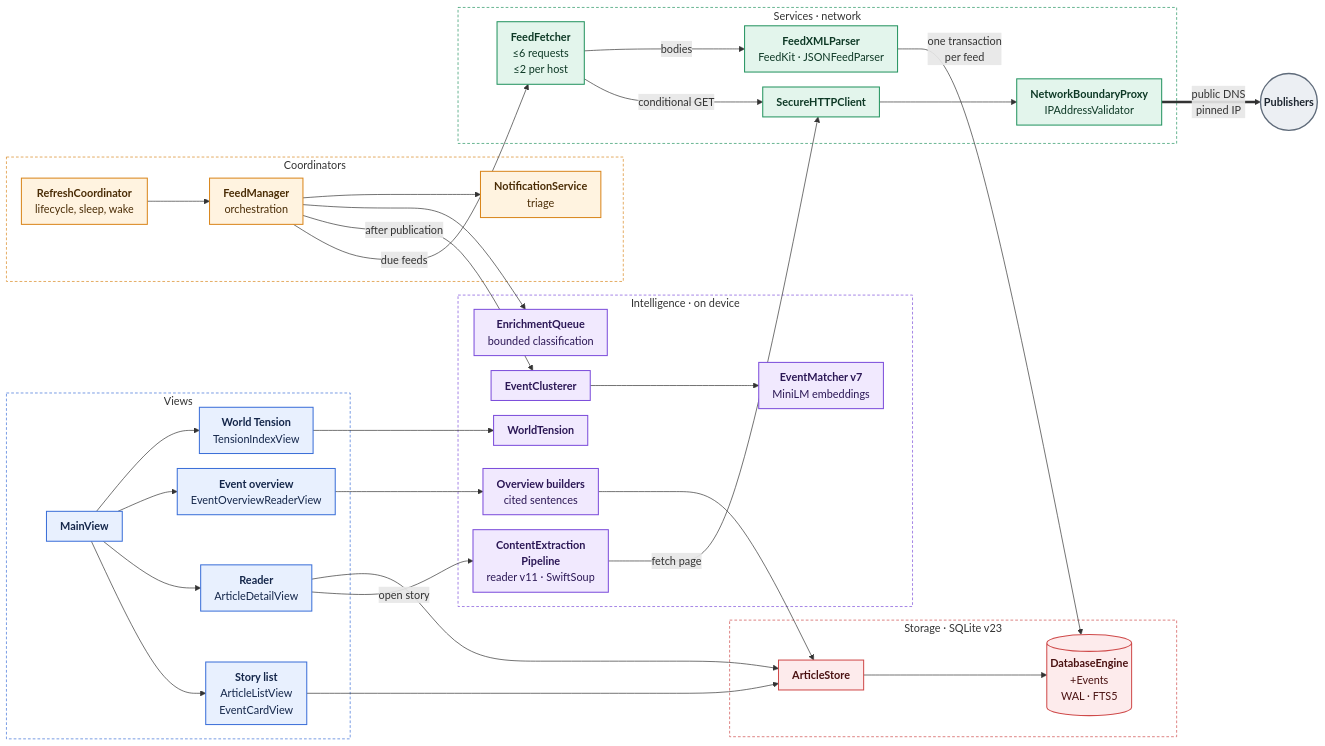
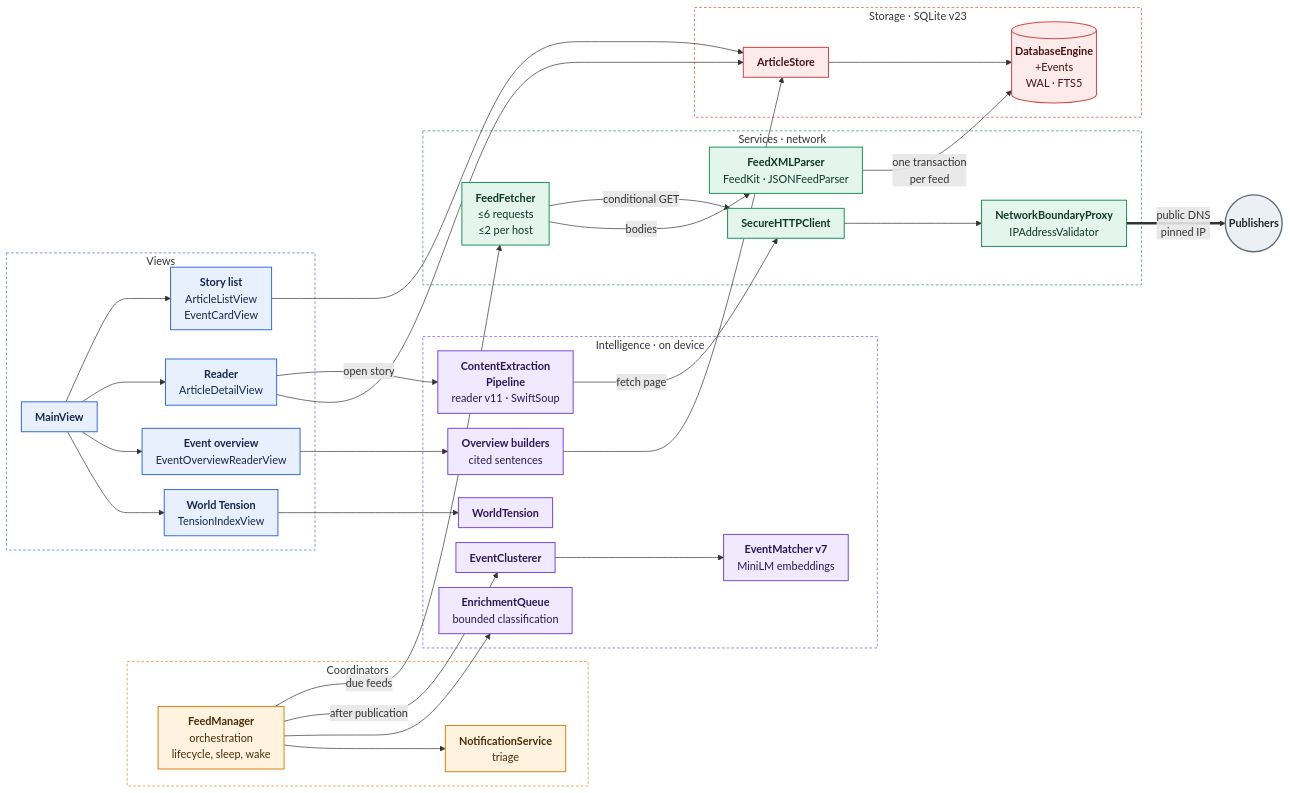
One commit to marspater/NewsApp-macOS changed the first of 3 diagrams in docs/ARCHITECTURE.md. Above: the diagram before and after it, drawn with Mermaid. The commit also changed other lines of this file and 35 other files, not shown here.

````diff
--- a/docs/ARCHITECTURE.md
+++ b/docs/ARCHITECTURE.md
@@ -22,77 +22,75 @@
 ```mermaid
 %%{init: {"flowchart": {"curve": "basis", "nodeSpacing": 22, "rankSpacing": 44, "padding": 10}}}%%
 flowchart LR
     subgraph Coord["Coordinators"]
-        RC["<b>RefreshCoordinator</b><br/>lifecycle, sleep, wake"]
-        FM["<b>FeedManager</b><br/>orchestration"]
+        FM["<b>FeedManager</b><br/>orchestration<br/>lifecycle, sleep, wake"]
         NS["<b>NotificationService</b><br/>triage"]
     end
 
     subgraph UI["Views"]
         Main["<b>MainView</b>"]
         List["<b>Story list</b><br/>ArticleListView<br/>EventCardView"]
         Reader["<b>Reader</b><br/>ArticleDetailView"]
         Overview["<b>Event overview</b><br/>EventOverviewReaderView"]
         Tension["<b>World Tension</b><br/>TensionIndexView"]
     end
 
     subgraph Intel["Intelligence · on device"]
         EQ["<b>EnrichmentQueue</b><br/>bounded classification"]
         EC["<b>EventClusterer</b>"]
         EM["<b>EventMatcher v7</b><br/>MiniLM embeddings"]
         CEP["<b>ContentExtraction<br/>Pipeline</b><br/>reader v11 · SwiftSoup"]
         OV["<b>Overview builders</b><br/>cited sentences"]
         WT["<b>WorldTension</b>"]
     end
 
     subgraph Svc["Services · network"]
         FF["<b>FeedFetcher</b><br/>≤6 requests<br/>≤2 per host"]
         Parse["<b>FeedXMLParser</b><br/>FeedKit · JSONFeedParser"]
         HTTP["<b>SecureHTTPClient</b>"]
         GW["<b>NetworkBoundaryProxy</b><br/>IPAddressValidator"]
     end
 
     subgraph Store["Storage · SQLite v23"]
         AS["<b>ArticleStore</b>"]
         DB[("<b>DatabaseEngine</b><br/>+Events<br/>WAL · FTS5")]
     end
 
     Net(("<b>Publishers</b>"))
 
-    RC --> FM
     FM -->|due feeds| FF
     FM -->|after publication| EC
     FM --> EQ & NS
     EC --> EM
     FF -->|conditional GET| HTTP
     FF -->|bodies| Parse
     Parse -->|one transaction<br/>per feed| DB
     Main --> List & Reader & Overview & Tension
     Reader -->|open story| CEP
     CEP -->|fetch page| HTTP
     HTTP --> GW
     GW ==>|public DNS<br/>pinned IP| Net
     Overview --> OV
     OV --> AS
     List & Reader --> AS
     AS --> DB
     Tension --> WT
 
     classDef ui fill:#E8F0FE,stroke:#3B6FD8,stroke-width:1.5px,color:#14264A
     classDef coord fill:#FFF3E0,stroke:#D9861C,stroke-width:1.5px,color:#4A2C05
     classDef intel fill:#F1E9FE,stroke:#7C4DDB,stroke-width:1.5px,color:#2B1755
     classDef svc fill:#E3F5EC,stroke:#23935F,stroke-width:1.5px,color:#0D3825
     classDef store fill:#FDEBEC,stroke:#CF4A4A,stroke-width:1.5px,color:#4A1212
     classDef ext fill:#ECEFF3,stroke:#5F6B7A,stroke-width:2px,color:#1E2630
     class Main,List,Reader,Overview,Tension ui
-    class RC,FM,NS coord
+    class FM,NS coord
     class CEP,EQ,EC,EM,OV,WT intel
     class FF,Parse,HTTP,GW svc
     class AS,DB store
     class Net ext
     style UI fill:none,stroke:#3B6FD8,stroke-dasharray:4 3
     style Coord fill:none,stroke:#D9861C,stroke-dasharray:4 3
     style Intel fill:none,stroke:#7C4DDB,stroke-dasharray:4 3
     style Svc fill:none,stroke:#23935F,stroke-dasharray:4 3
     style Store fill:none,stroke:#CF4A4A,stroke-dasharray:4 3
 ```
````
